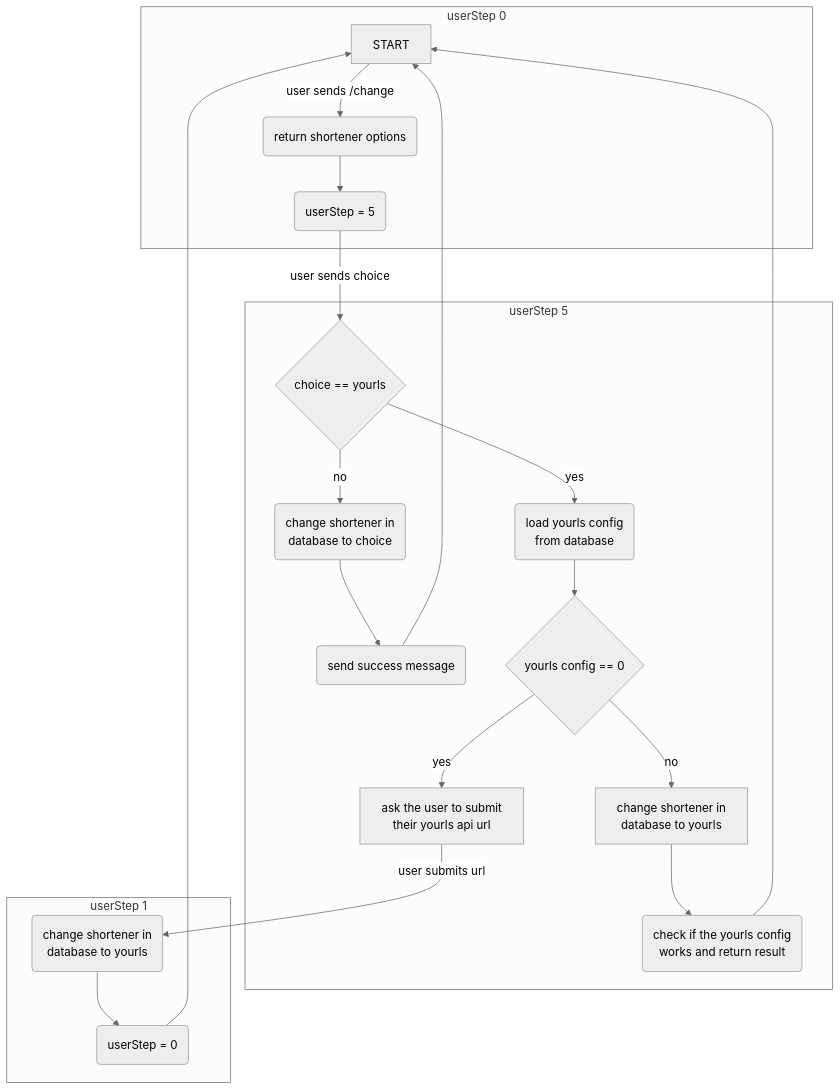
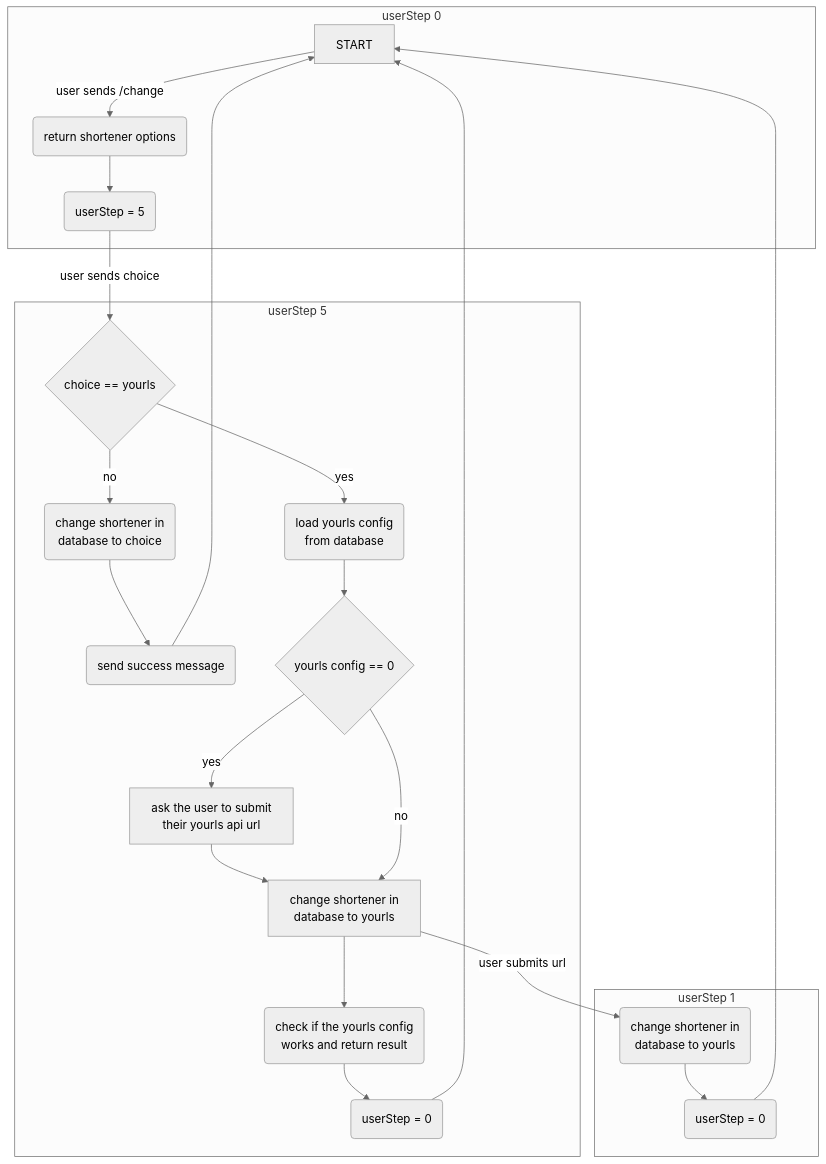
The diagram in README.md (simon-eller/LetsShort), drawn with Mermaid (neutral theme) before and after one commit. The commit also changed 1 other file, not shown here.

Commit message:
Small bug fixes: flow chart in readme and parsing wrong url shortener api urls

````diff
--- a/README.md
+++ b/README.md
@@ -106,25 +106,27 @@
 ```mermaid
 flowchart TB
     subgraph userStep 0
     a1[START] -->|user sends /change| a2(return shortener options)
     a2 --> a3(userStep = 5)
     end
     subgraph userStep 5
     a3 -->|user sends choice| b1{choice == yourls}
     b1 -->|no| b2(change shortener in\ndatabase to choice)
     b2 --> b3(send success message)
     b3 --> a1
     b1 -->|yes| b4(load yourls config\nfrom database)
     b4--> b5{yourls config == 0}
     
     b5 -->|yes| b6[ask the user to submit\ntheir yourls api url]
+    b6 --> b7(userStep = 1)
     b5 -->|no| b7[change shortener in\ndatabase to yourls]
     b7 --> b8(check if the yourls config\nworks and return result)
-    b8 -->a1
+    b8 --> b9(userStep = 0)
+    b9 -->a1
     end
     subgraph userStep 1
-    b6 -->|user submits url| c1
+    b7 -->|user submits url| c1
     c1(change shortener in\ndatabase to yourls) --> c3(userStep = 0)
     c3 --> a1
     end
 ```
````
